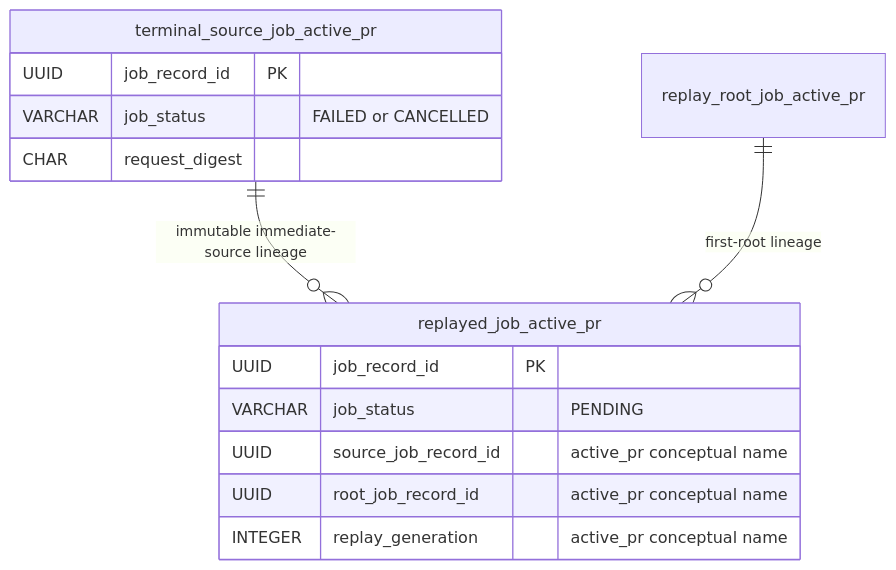
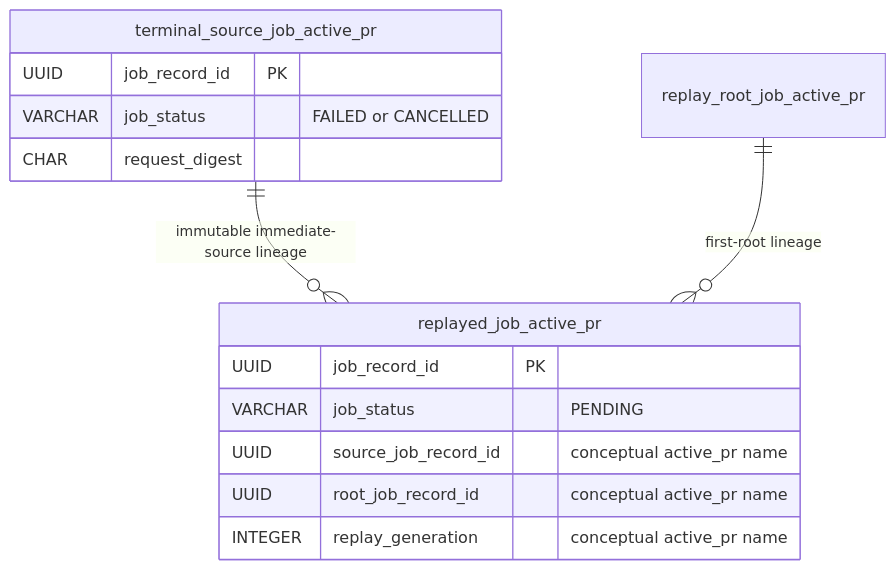
The fourth of 5 diagrams in docs/ERD.md (ContextualWisdomLab/mightyETL), drawn with Mermaid before and after one commit. The commit also changed other lines of this file, not shown here.

````diff
--- a/docs/ERD.md
+++ b/docs/ERD.md
@@ -132,17 +125,18 @@
 ```mermaid
 erDiagram
     terminal_source_job_active_pr ||--o{ replayed_job_active_pr : "immutable immediate-source lineage"
     replay_root_job_active_pr ||--o{ replayed_job_active_pr : "first-root lineage"
+
     terminal_source_job_active_pr {
         UUID job_record_id PK
         VARCHAR job_status "FAILED or CANCELLED"
         CHAR request_digest
     }
     replayed_job_active_pr {
         UUID job_record_id PK
         VARCHAR job_status "PENDING"
-        UUID source_job_record_id "active_pr conceptual name"
-        UUID root_job_record_id "active_pr conceptual name"
-        INTEGER replay_generation "active_pr conceptual name"
+        UUID source_job_record_id "conceptual active_pr name"
+        UUID root_job_record_id "conceptual active_pr name"
+        INTEGER replay_generation "conceptual active_pr name"
     }
 ```
````
